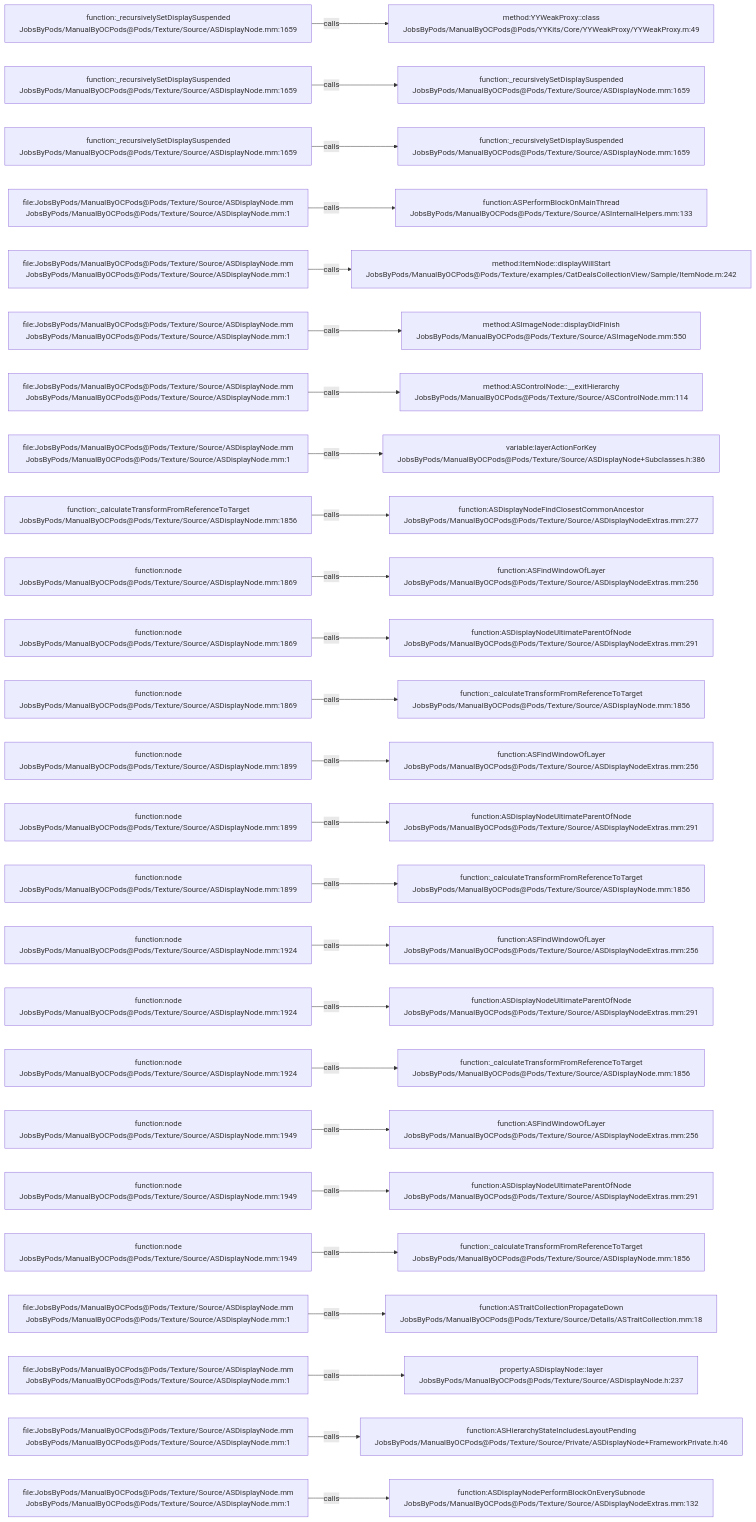
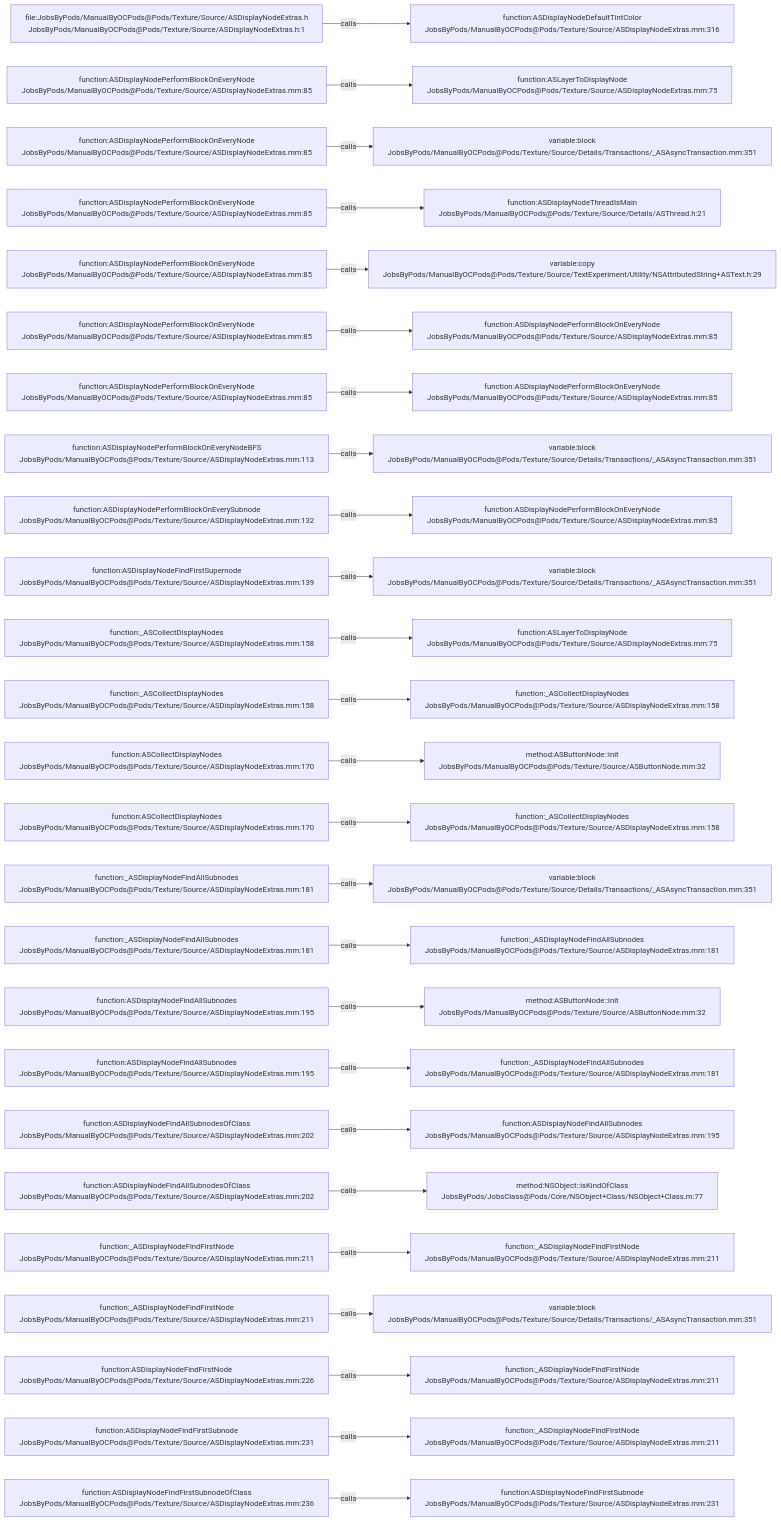
Before and after one commit to JobsKits/JobsOCBaseConfigDemo: the diagram in .codegraph/codegraph.md/graphs/calls-108.md, drawn with Mermaid. The commit also changed 1223 other files, not shown here.

````diff
--- a/.codegraph/codegraph.md/graphs/calls-108.md
+++ b/.codegraph/codegraph.md/graphs/calls-108.md
@@ -13,78 +13,78 @@
 ```mermaid
 flowchart LR
-  S1["function:_recursivelySetDisplaySuspended<br/>JobsByPods/ManualByOCPods@Pods/Texture/Source/ASDisplayNode.mm:1659"]
-  T1["method:YYWeakProxy::class<br/>JobsByPods/ManualByOCPods@Pods/YYKits/Core/YYWeakProxy/YYWeakProxy.m:49"]
+  S1["file:JobsByPods/ManualByOCPods@Pods/Texture/Source/ASDisplayNodeExtras.h<br/>JobsByPods/ManualByOCPods@Pods/Texture/Source/ASDisplayNodeExtras.h:1"]
+  T1["function:ASDisplayNodeDefaultTintColor<br/>JobsByPods/ManualByOCPods@Pods/Texture/Source/ASDisplayNodeExtras.mm:316"]
   S1 -->|calls| T1
-  S2["function:_recursivelySetDisplaySuspended<br/>JobsByPods/ManualByOCPods@Pods/Texture/Source/ASDisplayNode.mm:1659"]
-  T2["function:_recursivelySetDisplaySuspended<br/>JobsByPods/ManualByOCPods@Pods/Texture/Source/ASDisplayNode.mm:1659"]
+  S2["function:ASDisplayNodePerformBlockOnEveryNode<br/>JobsByPods/ManualByOCPods@Pods/Texture/Source/ASDisplayNodeExtras.mm:85"]
+  T2["function:ASLayerToDisplayNode<br/>JobsByPods/ManualByOCPods@Pods/Texture/Source/ASDisplayNodeExtras.mm:75"]
   S2 -->|calls| T2
-  S3["function:_recursivelySetDisplaySuspended<br/>JobsByPods/ManualByOCPods@Pods/Texture/Source/ASDisplayNode.mm:1659"]
-  T3["function:_recursivelySetDisplaySuspended<br/>JobsByPods/ManualByOCPods@Pods/Texture/Source/ASDisplayNode.mm:1659"]
+  S3["function:ASDisplayNodePerformBlockOnEveryNode<br/>JobsByPods/ManualByOCPods@Pods/Texture/Source/ASDisplayNodeExtras.mm:85"]
+  T3["variable:block<br/>JobsByPods/ManualByOCPods@Pods/Texture/Source/Details/Transactions/_ASAsyncTransaction.mm:351"]
   S3 -->|calls| T3
-  S4["file:JobsByPods/ManualByOCPods@Pods/Texture/Source/ASDisplayNode.mm<br/>JobsByPods/ManualByOCPods@Pods/Texture/Source/ASDisplayNode.mm:1"]
-  T4["function:ASPerformBlockOnMainThread<br/>JobsByPods/ManualByOCPods@Pods/Texture/Source/ASInternalHelpers.mm:133"]
+  S4["function:ASDisplayNodePerformBlockOnEveryNode<br/>JobsByPods/ManualByOCPods@Pods/Texture/Source/ASDisplayNodeExtras.mm:85"]
+  T4["function:ASDisplayNodeThreadIsMain<br/>JobsByPods/ManualByOCPods@Pods/Texture/Source/Details/ASThread.h:21"]
   S4 -->|calls| T4
-  S5["file:JobsByPods/ManualByOCPods@Pods/Texture/Source/ASDisplayNode.mm<br/>JobsByPods/ManualByOCPods@Pods/Texture/Source/ASDisplayNode.mm:1"]
-  T5["method:ItemNode::displayWillStart<br/>JobsByPods/ManualByOCPods@Pods/Texture/examples/CatDealsCollectionView/Sample/ItemNode.m:242"]
+  S5["function:ASDisplayNodePerformBlockOnEveryNode<br/>JobsByPods/ManualByOCPods@Pods/Texture/Source/ASDisplayNodeExtras.mm:85"]
+  T5["variable:copy<br/>JobsByPods/ManualByOCPods@Pods/Texture/Source/TextExperiment/Utility/NSAttributedString+ASText.h:29"]
   S5 -->|calls| T5
-  S6["file:JobsByPods/ManualByOCPods@Pods/Texture/Source/ASDisplayNode.mm<br/>JobsByPods/ManualByOCPods@Pods/Texture/Source/ASDisplayNode.mm:1"]
-  T6["method:ASImageNode::displayDidFinish<br/>JobsByPods/ManualByOCPods@Pods/Texture/Source/ASImageNode.mm:550"]
+  S6["function:ASDisplayNodePerformBlockOnEveryNode<br/>JobsByPods/ManualByOCPods@Pods/Texture/Source/ASDisplayNodeExtras.mm:85"]
+  T6["function:ASDisplayNodePerformBlockOnEveryNode<br/>JobsByPods/ManualByOCPods@Pods/Texture/Source/ASDisplayNodeExtras.mm:85"]
   S6 -->|calls| T6
-  S7["file:JobsByPods/ManualByOCPods@Pods/Texture/Source/ASDisplayNode.mm<br/>JobsByPods/ManualByOCPods@Pods/Texture/Source/ASDisplayNode.mm:1"]
-  T7["method:ASControlNode::__exitHierarchy<br/>JobsByPods/ManualByOCPods@Pods/Texture/Source/ASControlNode.mm:114"]
+  S7["function:ASDisplayNodePerformBlockOnEveryNode<br/>JobsByPods/ManualByOCPods@Pods/Texture/Source/ASDisplayNodeExtras.mm:85"]
+  T7["function:ASDisplayNodePerformBlockOnEveryNode<br/>JobsByPods/ManualByOCPods@Pods/Texture/Source/ASDisplayNodeExtras.mm:85"]
   S7 -->|calls| T7
-  S8["file:JobsByPods/ManualByOCPods@Pods/Texture/Source/ASDisplayNode.mm<br/>JobsByPods/ManualByOCPods@Pods/Texture/Source/ASDisplayNode.mm:1"]
-  T8["variable:layerActionForKey<br/>JobsByPods/ManualByOCPods@Pods/Texture/Source/ASDisplayNode+Subclasses.h:386"]
+  S8["function:ASDisplayNodePerformBlockOnEveryNodeBFS<br/>JobsByPods/ManualByOCPods@Pods/Texture/Source/ASDisplayNodeExtras.mm:113"]
+  T8["variable:block<br/>JobsByPods/ManualByOCPods@Pods/Texture/Source/Details/Transactions/_ASAsyncTransaction.mm:351"]
   S8 -->|calls| T8
-  S9["function:_calculateTransformFromReferenceToTarget<br/>JobsByPods/ManualByOCPods@Pods/Texture/Source/ASDisplayNode.mm:1856"]
-  T9["function:ASDisplayNodeFindClosestCommonAncestor<br/>JobsByPods/ManualByOCPods@Pods/Texture/Source/ASDisplayNodeExtras.mm:277"]
+  S9["function:ASDisplayNodePerformBlockOnEverySubnode<br/>JobsByPods/ManualByOCPods@Pods/Texture/Source/ASDisplayNodeExtras.mm:132"]
+  T9["function:ASDisplayNodePerformBlockOnEveryNode<br/>JobsByPods/ManualByOCPods@Pods/Texture/Source/ASDisplayNodeExtras.mm:85"]
   S9 -->|calls| T9
-  S10["function:node<br/>JobsByPods/ManualByOCPods@Pods/Texture/Source/ASDisplayNode.mm:1869"]
-  T10["function:ASFindWindowOfLayer<br/>JobsByPods/ManualByOCPods@Pods/Texture/Source/ASDisplayNodeExtras.mm:256"]
+  S10["function:ASDisplayNodeFindFirstSupernode<br/>JobsByPods/ManualByOCPods@Pods/Texture/Source/ASDisplayNodeExtras.mm:139"]
+  T10["variable:block<br/>JobsByPods/ManualByOCPods@Pods/Texture/Source/Details/Transactions/_ASAsyncTransaction.mm:351"]
   S10 -->|calls| T10
-  S11["function:node<br/>JobsByPods/ManualByOCPods@Pods/Texture/Source/ASDisplayNode.mm:1869"]
-  T11["function:ASDisplayNodeUltimateParentOfNode<br/>JobsByPods/ManualByOCPods@Pods/Texture/Source/ASDisplayNodeExtras.mm:291"]
+  S11["function:_ASCollectDisplayNodes<br/>JobsByPods/ManualByOCPods@Pods/Texture/Source/ASDisplayNodeExtras.mm:158"]
+  T11["function:ASLayerToDisplayNode<br/>JobsByPods/ManualByOCPods@Pods/Texture/Source/ASDisplayNodeExtras.mm:75"]
   S11 -->|calls| T11
-  S12["function:node<br/>JobsByPods/ManualByOCPods@Pods/Texture/Source/ASDisplayNode.mm:1869"]
-  T12["function:_calculateTransformFromReferenceToTarget<br/>JobsByPods/ManualByOCPods@Pods/Texture/Source/ASDisplayNode.mm:1856"]
+  S12["function:_ASCollectDisplayNodes<br/>JobsByPods/ManualByOCPods@Pods/Texture/Source/ASDisplayNodeExtras.mm:158"]
+  T12["function:_ASCollectDisplayNodes<br/>JobsByPods/ManualByOCPods@Pods/Texture/Source/ASDisplayNodeExtras.mm:158"]
   S12 -->|calls| T12
-  S13["function:node<br/>JobsByPods/ManualByOCPods@Pods/Texture/Source/ASDisplayNode.mm:1899"]
-  T13["function:ASFindWindowOfLayer<br/>JobsByPods/ManualByOCPods@Pods/Texture/Source/ASDisplayNodeExtras.mm:256"]
+  S13["function:ASCollectDisplayNodes<br/>JobsByPods/ManualByOCPods@Pods/Texture/Source/ASDisplayNodeExtras.mm:170"]
+  T13["method:ASButtonNode::init<br/>JobsByPods/ManualByOCPods@Pods/Texture/Source/ASButtonNode.mm:32"]
   S13 -->|calls| T13
-  S14["function:node<br/>JobsByPods/ManualByOCPods@Pods/Texture/Source/ASDisplayNode.mm:1899"]
-  T14["function:ASDisplayNodeUltimateParentOfNode<br/>JobsByPods/ManualByOCPods@Pods/Texture/Source/ASDisplayNodeExtras.mm:291"]
+  S14["function:ASCollectDisplayNodes<br/>JobsByPods/ManualByOCPods@Pods/Texture/Source/ASDisplayNodeExtras.mm:170"]
+  T14["function:_ASCollectDisplayNodes<br/>JobsByPods/ManualByOCPods@Pods/Texture/Source/ASDisplayNodeExtras.mm:158"]
   S14 -->|calls| T14
-  S15["function:node<br/>JobsByPods/ManualByOCPods@Pods/Texture/Source/ASDisplayNode.mm:1899"]
-  T15["function:_calculateTransformFromReferenceToTarget<br/>JobsByPods/ManualByOCPods@Pods/Texture/Source/ASDisplayNode.mm:1856"]
+  S15["function:_ASDisplayNodeFindAllSubnodes<br/>JobsByPods/ManualByOCPods@Pods/Texture/Source/ASDisplayNodeExtras.mm:181"]
+  T15["variable:block<br/>JobsByPods/ManualByOCPods@Pods/Texture/Source/Details/Transactions/_ASAsyncTransaction.mm:351"]
   S15 -->|calls| T15
-  S16["function:node<br/>JobsByPods/ManualByOCPods@Pods/Texture/Source/ASDisplayNode.mm:1924"]
-  T16["function:ASFindWindowOfLayer<br/>JobsByPods/ManualByOCPods@Pods/Texture/Source/ASDisplayNodeExtras.mm:256"]
+  S16["function:_ASDisplayNodeFindAllSubnodes<br/>JobsByPods/ManualByOCPods@Pods/Texture/Source/ASDisplayNodeExtras.mm:181"]
+  T16["function:_ASDisplayNodeFindAllSubnodes<br/>JobsByPods/ManualByOCPods@Pods/Texture/Source/ASDisplayNodeExtras.mm:181"]
   S16 -->|calls| T16
-  S17["function:node<br/>JobsByPods/ManualByOCPods@Pods/Texture/Source/ASDisplayNode.mm:1924"]
-  T17["function:ASDisplayNodeUltimateParentOfNode<br/>JobsByPods/ManualByOCPods@Pods/Texture/Source/ASDisplayNodeExtras.mm:291"]
+  S17["function:ASDisplayNodeFindAllSubnodes<br/>JobsByPods/ManualByOCPods@Pods/Texture/Source/ASDisplayNodeExtras.mm:195"]
+  T17["method:ASButtonNode::init<br/>JobsByPods/ManualByOCPods@Pods/Texture/Source/ASButtonNode.mm:32"]
   S17 -->|calls| T17
-  S18["function:node<br/>JobsByPods/ManualByOCPods@Pods/Texture/Source/ASDisplayNode.mm:1924"]
-  T18["function:_calculateTransformFromReferenceToTarget<br/>JobsByPods/ManualByOCPods@Pods/Texture/Source/ASDisplayNode.mm:1856"]
+  S18["function:ASDisplayNodeFindAllSubnodes<br/>JobsByPods/ManualByOCPods@Pods/Texture/Source/ASDisplayNodeExtras.mm:195"]
+  T18["function:_ASDisplayNodeFindAllSubnodes<br/>JobsByPods/ManualByOCPods@Pods/Texture/Source/ASDisplayNodeExtras.mm:181"]
   S18 -->|calls| T18
-  S19["function:node<br/>JobsByPods/ManualByOCPods@Pods/Texture/Source/ASDisplayNode.mm:1949"]
-  T19["function:ASFindWindowOfLayer<br/>JobsByPods/ManualByOCPods@Pods/Texture/Source/ASDisplayNodeExtras.mm:256"]
+  S19["function:ASDisplayNodeFindAllSubnodesOfClass<br/>JobsByPods/ManualByOCPods@Pods/Texture/Source/ASDisplayNodeExtras.mm:202"]
+  T19["function:ASDisplayNodeFindAllSubnodes<br/>JobsByPods/ManualByOCPods@Pods/Texture/Source/ASDisplayNodeExtras.mm:195"]
   S19 -->|calls| T19
-  S20["function:node<br/>JobsByPods/ManualByOCPods@Pods/Texture/Source/ASDisplayNode.mm:1949"]
-  T20["function:ASDisplayNodeUltimateParentOfNode<br/>JobsByPods/ManualByOCPods@Pods/Texture/Source/ASDisplayNodeExtras.mm:291"]
+  S20["function:ASDisplayNodeFindAllSubnodesOfClass<br/>JobsByPods/ManualByOCPods@Pods/Texture/Source/ASDisplayNodeExtras.mm:202"]
+  T20["method:NSObject::isKindOfClass<br/>JobsByPods/JobsClass@Pods/Core/NSObject+Class/NSObject+Class.m:77"]
   S20 -->|calls| T20
-  S21["function:node<br/>JobsByPods/ManualByOCPods@Pods/Texture/Source/ASDisplayNode.mm:1949"]
-  T21["function:_calculateTransformFromReferenceToTarget<br/>JobsByPods/ManualByOCPods@Pods/Texture/Source/ASDisplayNode.mm:1856"]
+  S21["function:_ASDisplayNodeFindFirstNode<br/>JobsByPods/ManualByOCPods@Pods/Texture/Source/ASDisplayNodeExtras.mm:211"]
+  T21["function:_ASDisplayNodeFindFirstNode<br/>JobsByPods/ManualByOCPods@Pods/Texture/Source/ASDisplayNodeExtras.mm:211"]
   S21 -->|calls| T21
-  S22["file:JobsByPods/ManualByOCPods@Pods/Texture/Source/ASDisplayNode.mm<br/>JobsByPods/ManualByOCPods@Pods/Texture/Source/ASDisplayNode.mm:1"]
-  T22["function:ASTraitCollectionPropagateDown<br/>JobsByPods/ManualByOCPods@Pods/Texture/Source/Details/ASTraitCollection.mm:18"]
+  S22["function:_ASDisplayNodeFindFirstNode<br/>JobsByPods/ManualByOCPods@Pods/Texture/Source/ASDisplayNodeExtras.mm:211"]
+  T22["variable:block<br/>JobsByPods/ManualByOCPods@Pods/Texture/Source/Details/Transactions/_ASAsyncTransaction.mm:351"]
   S22 -->|calls| T22
-  S23["file:JobsByPods/ManualByOCPods@Pods/Texture/Source/ASDisplayNode.mm<br/>JobsByPods/ManualByOCPods@Pods/Texture/Source/ASDisplayNode.mm:1"]
-  T23["property:ASDisplayNode::layer<br/>JobsByPods/ManualByOCPods@Pods/Texture/Source/ASDisplayNode.h:237"]
+  S23["function:ASDisplayNodeFindFirstNode<br/>JobsByPods/ManualByOCPods@Pods/Texture/Source/ASDisplayNodeExtras.mm:226"]
+  T23["function:_ASDisplayNodeFindFirstNode<br/>JobsByPods/ManualByOCPods@Pods/Texture/Source/ASDisplayNodeExtras.mm:211"]
   S23 -->|calls| T23
-  S24["file:JobsByPods/ManualByOCPods@Pods/Texture/Source/ASDisplayNode.mm<br/>JobsByPods/ManualByOCPods@Pods/Texture/Source/ASDisplayNode.mm:1"]
-  T24["function:ASHierarchyStateIncludesLayoutPending<br/>JobsByPods/ManualByOCPods@Pods/Texture/Source/Private/ASDisplayNode+FrameworkPrivate.h:46"]
+  S24["function:ASDisplayNodeFindFirstSubnode<br/>JobsByPods/ManualByOCPods@Pods/Texture/Source/ASDisplayNodeExtras.mm:231"]
+  T24["function:_ASDisplayNodeFindFirstNode<br/>JobsByPods/ManualByOCPods@Pods/Texture/Source/ASDisplayNodeExtras.mm:211"]
   S24 -->|calls| T24
-  S25["file:JobsByPods/ManualByOCPods@Pods/Texture/Source/ASDisplayNode.mm<br/>JobsByPods/ManualByOCPods@Pods/Texture/Source/ASDisplayNode.mm:1"]
-  T25["function:ASDisplayNodePerformBlockOnEverySubnode<br/>JobsByPods/ManualByOCPods@Pods/Texture/Source/ASDisplayNodeExtras.mm:132"]
+  S25["function:ASDisplayNodeFindFirstSubnodeOfClass<br/>JobsByPods/ManualByOCPods@Pods/Texture/Source/ASDisplayNodeExtras.mm:236"]
+  T25["function:ASDisplayNodeFindFirstSubnode<br/>JobsByPods/ManualByOCPods@Pods/Texture/Source/ASDisplayNodeExtras.mm:231"]
   S25 -->|calls| T25
 ```
````
